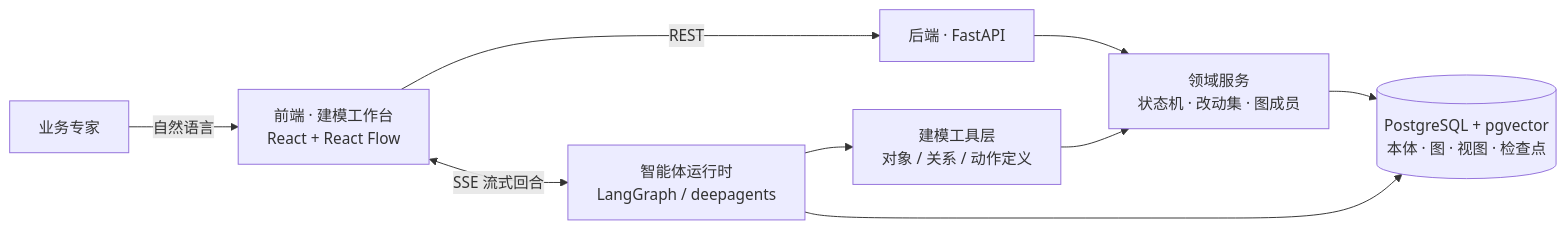
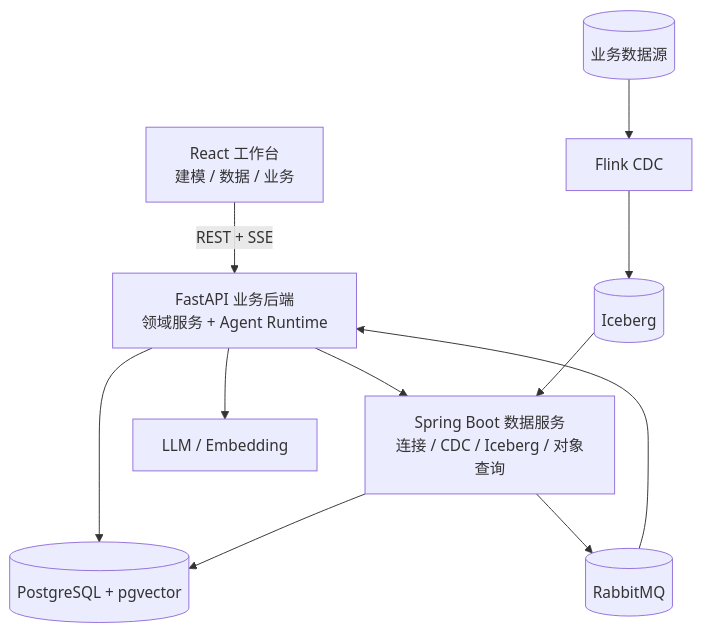
One commit to benkunHUA/OntoWeave changed the diagram in README.md. Above: the diagram before and after it, drawn with Mermaid. The commit also changed other lines of this file and 33 other files, not shown here.

````diff
--- a/README.md
+++ b/README.md
@@ -42,11 +71,23 @@
 ```mermaid
-flowchart LR
-    U["业务专家"] -->|自然语言| FE["前端 · 建模工作台<br/>React + React Flow"]
-    FE -->|REST| API["后端 · FastAPI"]
-    FE <-->|SSE 流式回合| AGENT["智能体运行时<br/>LangGraph / deepagents"]
-    AGENT --> TOOLS["建模工具层<br/>对象 / 关系 / 动作定义"]
-    TOOLS --> SVC["领域服务<br/>状态机 · 改动集 · 图成员"]
-    API --> SVC
-    SVC --> DB[("PostgreSQL + pgvector<br/>本体 · 图 · 视图 · 检查点")]
-    AGENT --> DB
+flowchart TB
+    FE["React 工作台<br/>建模 / 数据 / 业务"]
+    API["FastAPI 业务后端<br/>领域服务 + Agent Runtime"]
+    DS["Spring Boot 数据服务<br/>连接 / CDC / Iceberg / 对象查询"]
+    PG[("PostgreSQL + pgvector")]
+    MQ[("RabbitMQ")]
+    SOURCE[("业务数据源")]
+    FLINK["Flink CDC"]
+    ICE[("Iceberg")]
+    LLM["LLM / Embedding"]
+
+    FE -->|REST + SSE| API
+    API --> PG
+    API --> LLM
+    API --> DS
+    DS --> PG
+    DS --> MQ
+    MQ --> API
+    SOURCE --> FLINK
+    FLINK --> ICE
+    ICE --> DS
 ```
````
